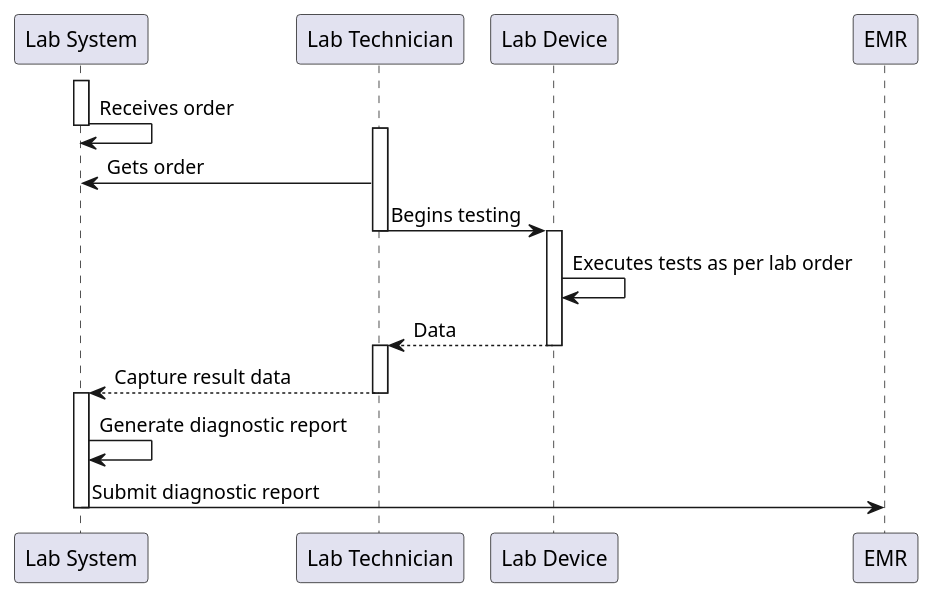
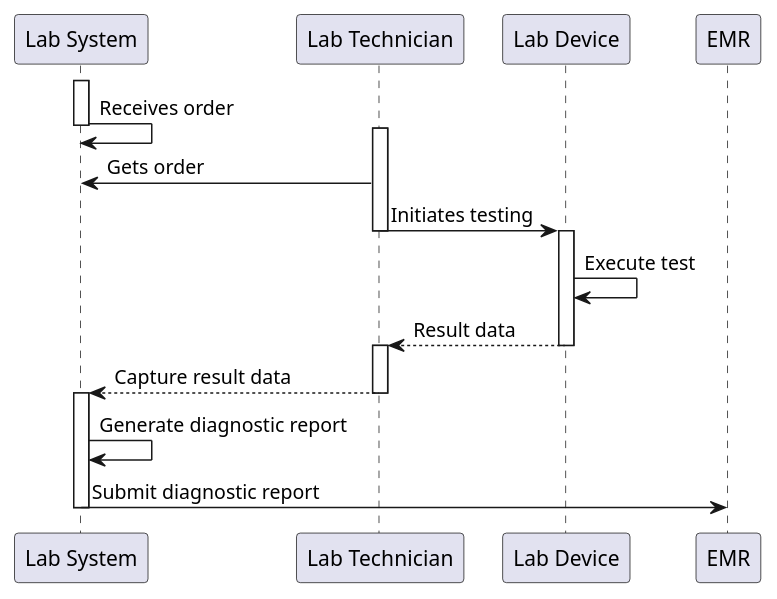
Before and after one commit to jembi/bw-laboratory-workflows-ig: the diagram in input/images-source/labResults.plantuml, drawn with PlantUML. The commit also changed 1 other file, not shown here.

```diff
--- a/input/images-source/labResults.plantuml
+++ b/input/images-source/labResults.plantuml
@@ -1,26 +1,26 @@
 @startuml LabResults
 
 activate "Lab System"
 "Lab System" -> "Lab System": Receives order
 deactivate "Lab System"
 
 activate "Lab Technician"
 "Lab Technician" -> "Lab System": Gets order
-"Lab Technician" -> "Lab Device": Begins testing
+"Lab Technician" -> "Lab Device": Initiates testing
 deactivate "Lab Technician"
 
 activate "Lab Device"
-"Lab Device" -> "Lab Device": Executes tests as per lab order
-"Lab Device" --> "Lab Technician": Data
+"Lab Device" -> "Lab Device": Execute test
+"Lab Device" --> "Lab Technician": Result data
 deactivate "Lab Device"
 
 activate "Lab Technician"
 "Lab Technician" --> "Lab System": Capture result data
 deactivate "Lab Technician"
 
 activate "Lab System"
 "Lab System" -> "Lab System": Generate diagnostic report
 "Lab System" -> "EMR": Submit diagnostic report
 deactivate "Lab System"
 
 @enduml
```
